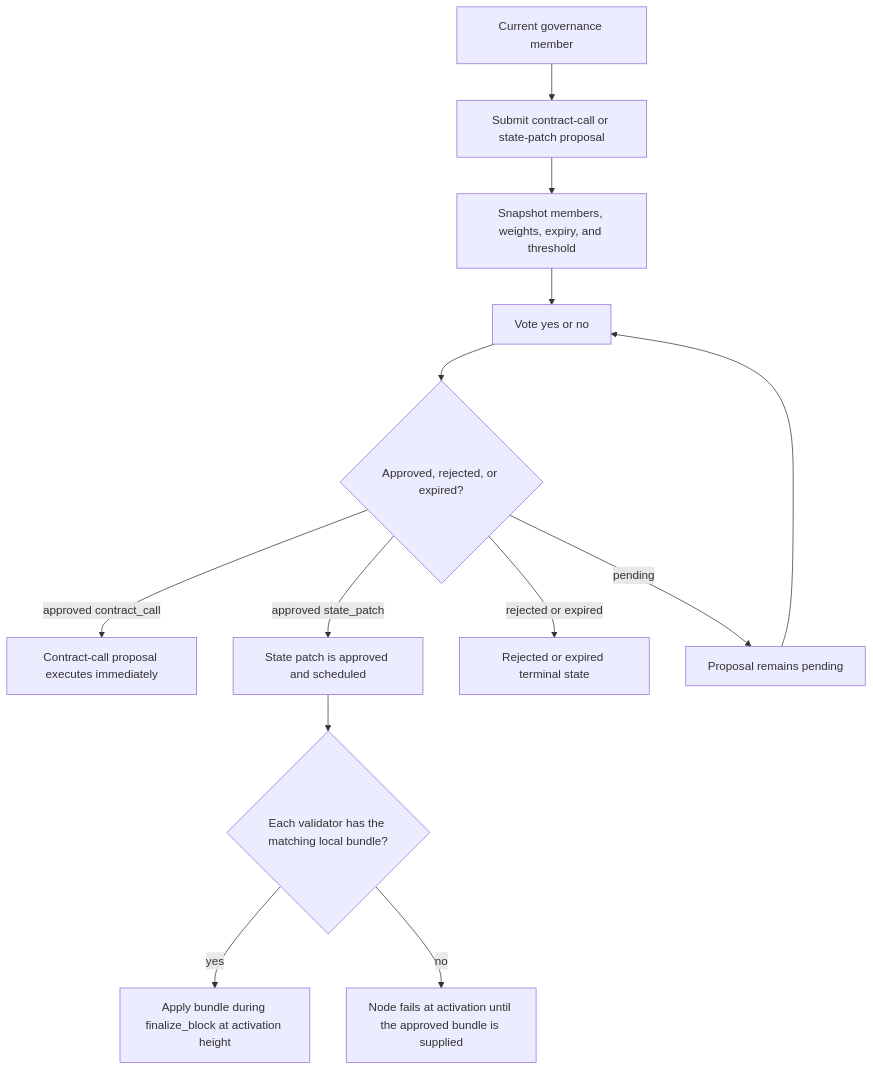
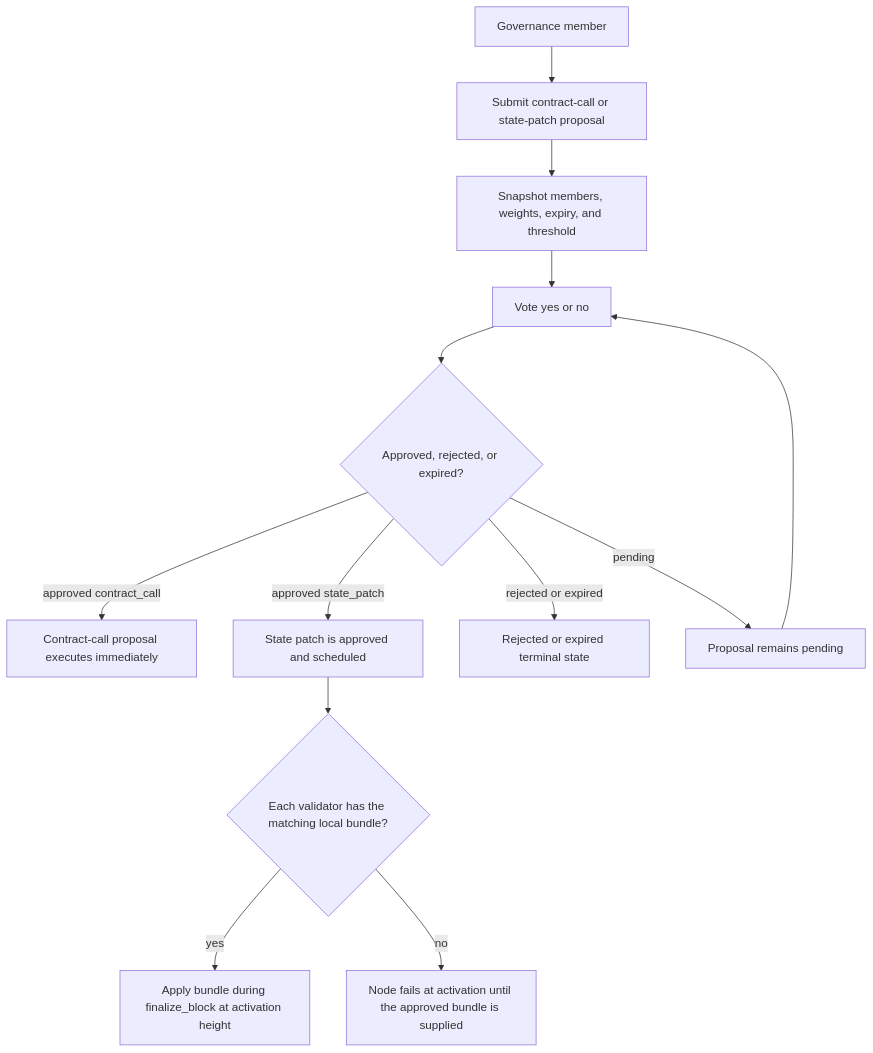
The diagram in node/protocol-governance.md (xian-technology/xian-docs-web), drawn with Mermaid before and after one commit. The commit also changed other lines of this file and 71 other files, not shown here.

````diff
--- a/node/protocol-governance.md
+++ b/node/protocol-governance.md
@@ -75,28 +77,28 @@
 ```mermaid
 flowchart TD
-  Member["Current governance member"]
+  Member["Governance member"]
   Propose["Submit contract-call or state-patch proposal"]
   Snapshot["Snapshot members, weights, expiry, and threshold"]
   Vote["Vote yes or no"]
   Decision{"Approved, rejected, or expired?"}
   Call["Contract-call proposal executes immediately"]
   Schedule["State patch is approved and scheduled"]
   Bundle{"Each validator has the matching local bundle?"}
   Apply["Apply bundle during finalize_block at activation height"]
   Halt["Node fails at activation until the approved bundle is supplied"]
   Terminal["Rejected or expired terminal state"]
   Waiting["Proposal remains pending"]
 
   Member --> Propose
   Propose --> Snapshot
   Snapshot --> Vote
   Vote --> Decision
   Decision -->|pending| Waiting
   Waiting --> Vote
   Decision -->|rejected or expired| Terminal
   Decision -->|approved contract_call| Call
   Decision -->|approved state_patch| Schedule
   Schedule --> Bundle
   Bundle -->|yes| Apply
   Bundle -->|no| Halt
 ```
````
